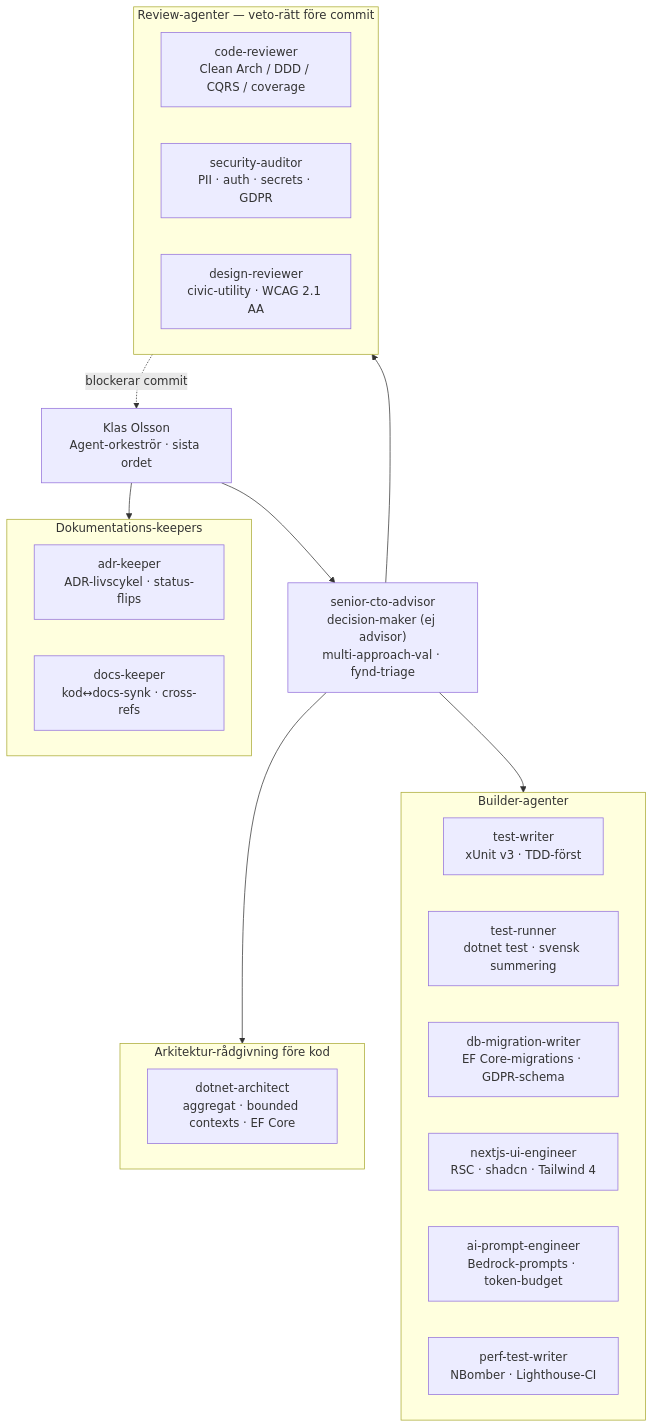
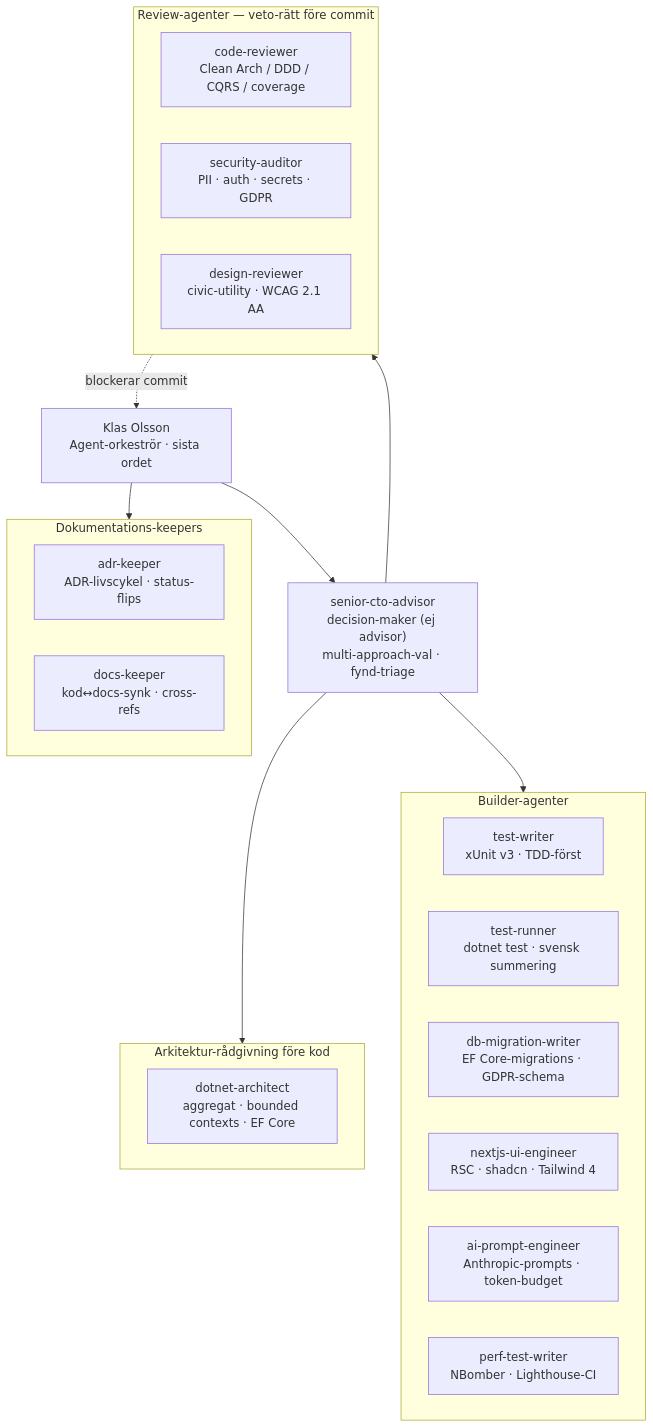
Before and after one commit to klasolsson81/jobbliggaren: the first of 3 diagrams in README.md, drawn with Mermaid. The commit also changed other lines of this file and 11 other files, not shown here.

````diff
--- a/README.md
+++ b/README.md
@@ -78,37 +77,37 @@
 ```mermaid
 flowchart TB
     Klas["Klas Olsson<br/>Agent-orkeströr · sista ordet"]
 
     CTO["senior-cto-advisor<br/>decision-maker (ej advisor)<br/>multi-approach-val · fynd-triage"]
 
     subgraph Veto["Review-agenter — veto-rätt före commit"]
         CR["code-reviewer<br/>Clean Arch / DDD / CQRS / coverage"]
         SA["security-auditor<br/>PII · auth · secrets · GDPR"]
         DR["design-reviewer<br/>civic-utility · WCAG 2.1 AA"]
     end
 
     subgraph Advisor["Arkitektur-rådgivning före kod"]
         DA["dotnet-architect<br/>aggregat · bounded contexts · EF Core"]
     end
 
     subgraph Builders["Builder-agenter"]
         TW["test-writer<br/>xUnit v3 · TDD-först"]
         TR["test-runner<br/>dotnet test · svensk summering"]
         DM["db-migration-writer<br/>EF Core-migrations · GDPR-schema"]
         UI["nextjs-ui-engineer<br/>RSC · shadcn · Tailwind 4"]
-        AP["ai-prompt-engineer<br/>Bedrock-prompts · token-budget"]
+        AP["ai-prompt-engineer<br/>Anthropic-prompts · token-budget"]
         PT["perf-test-writer<br/>NBomber · Lighthouse-CI"]
     end
 
     subgraph Keepers["Dokumentations-keepers"]
         AK["adr-keeper<br/>ADR-livscykel · status-flips"]
         DK["docs-keeper<br/>kod↔docs-synk · cross-refs"]
     end
 
     Klas --> CTO
     CTO --> Veto
     CTO --> Advisor
     CTO --> Builders
     Klas --> Keepers
     Veto -.->|blockerar commit| Klas
 ```
````
